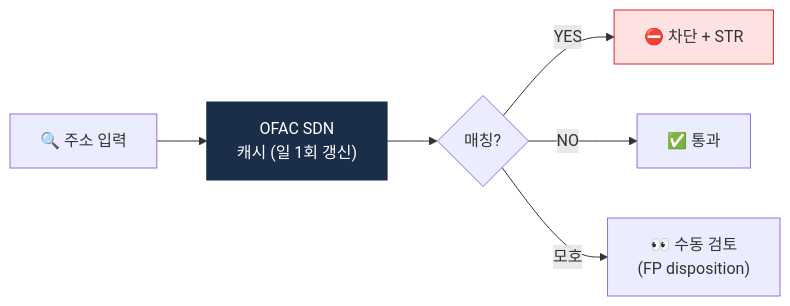
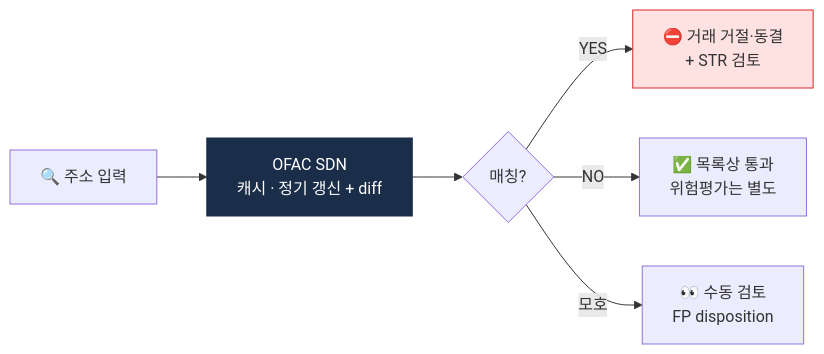
One commit to lala-david/aml-notes changed the first of 2 diagrams in curriculum/day_49.md. Above: the diagram before and after it, drawn with Mermaid. The commit also changed other lines of this file and 233 other files, not shown here.

````diff
--- a/curriculum/day_49.md
+++ b/curriculum/day_49.md
@@ -13,10 +13,10 @@
 ```mermaid
 flowchart LR
-    A["🔍 주소 입력"] --> S["OFAC SDN<br/>캐시 (일 1회 갱신)"]
+    A["🔍 주소 입력"] --> S["OFAC SDN<br/>캐시 · 정기 갱신 + diff"]
     S --> M{"매칭?"}
-    M -->|YES| B["⛔ 차단 + STR"]
-    M -->|NO| P["✅ 통과"]
-    M -->|모호| R["👀 수동 검토<br/>(FP disposition)"]
+    M -->|YES| B["⛔ 거래 거절·동결<br/>+ STR 검토"]
+    M -->|NO| P["✅ 목록상 통과<br/>위험평가는 별도"]
+    M -->|모호| R["👀 수동 검토<br/>FP disposition"]
     style S fill:#1a2e4a,color:#fff,stroke:#1a2e4a
     style B fill:#fee2e2,stroke:#dc2626
 ```
````
